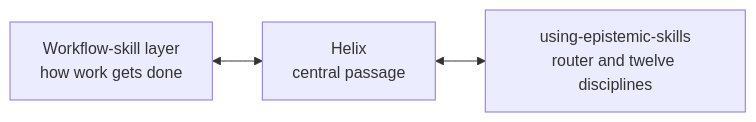
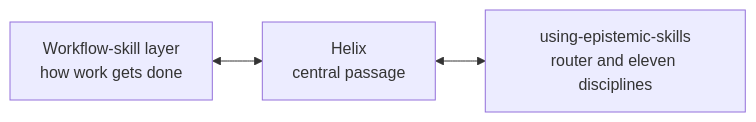
The first of 2 diagrams in README.md (ZMS-Labs/epistemic-skills), drawn with Mermaid before and after one commit. The commit also changed other lines of this file and 223 other files, not shown here.

````diff
--- a/README.md
+++ b/README.md
@@ -106,5 +106,5 @@
 ```mermaid
 flowchart LR
     W["Workflow-skill layer<br/>how work gets done"] <--> H["Helix<br/>central passage"]
-    H <--> E["using-epistemic-skills<br/>router and twelve disciplines"]
+    H <--> E["using-epistemic-skills<br/>router and eleven disciplines"]
 ```
````
